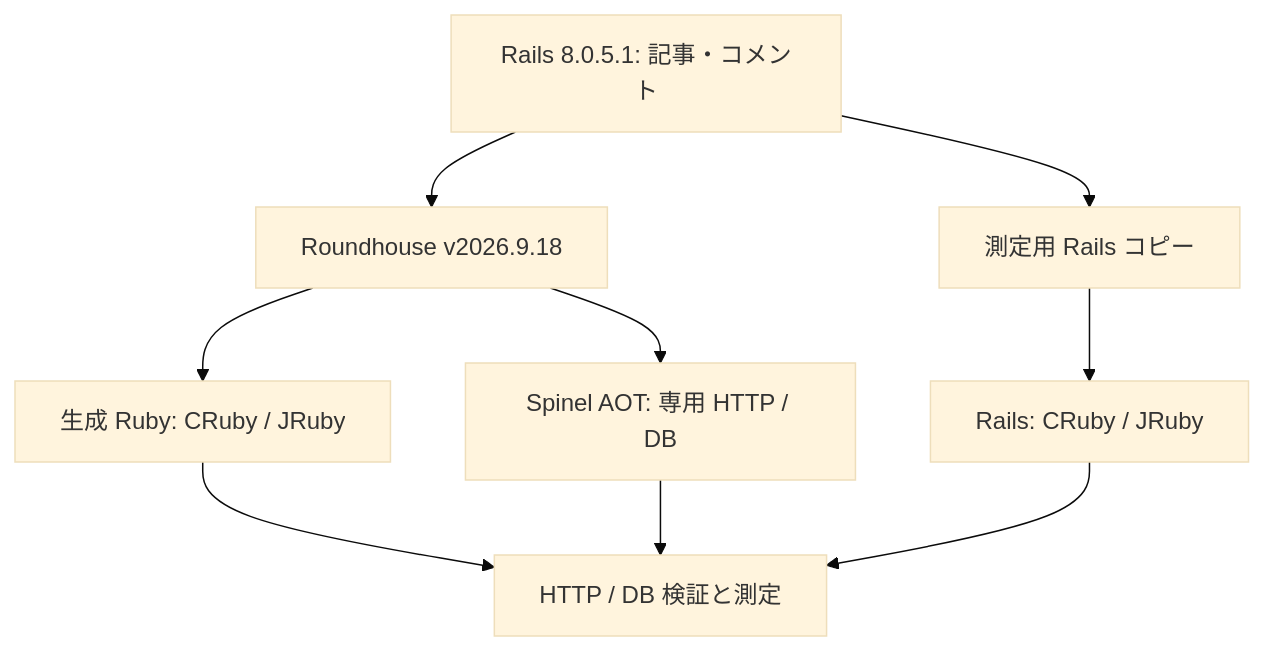
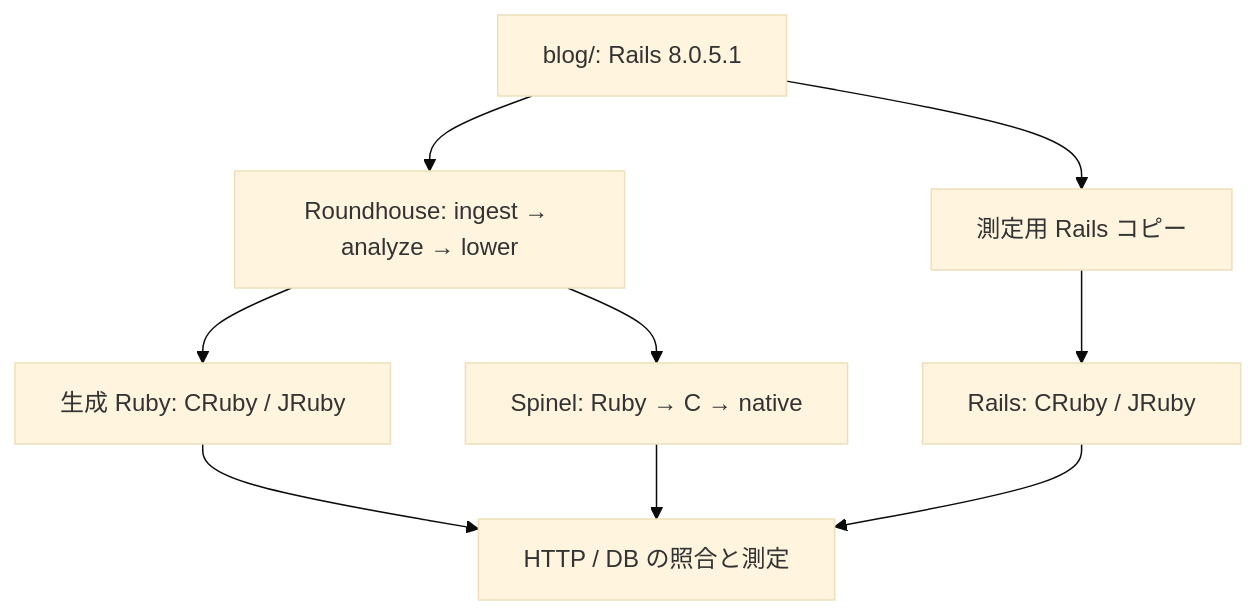
The second of 5 diagrams in docs/roundhouse-rails-jit-aot-report.md (koduki/example-rails-aot), drawn with Mermaid (base theme) before and after one commit. The commit also changed other lines of this file, not shown here.

Commit message:
Explain Rails JIT and Roundhouse Spinel with primary sources

```diff
--- a/docs/roundhouse-rails-jit-aot-report.md
+++ b/docs/roundhouse-rails-jit-aot-report.md
@@ -23,11 +38,11 @@
 ~~~mermaid
 flowchart TD
-    A["Rails 8.0.5.1: 記事・コメント"] --> B["Roundhouse v2026.9.18"]
-    A --> C["測定用 Rails コピー"]
-    B --> D["生成 Ruby: CRuby / JRuby"]
-    B --> E["Spinel AOT: 専用 HTTP / DB"]
-    C --> F["Rails: CRuby / JRuby"]
-    D --> G["HTTP / DB 検証と測定"]
+    A["blog/: Rails 8.0.5.1"] --> B["測定用 Rails コピー"]
+    A --> C["Roundhouse: ingest → analyze → lower"]
+    C --> D["生成 Ruby: CRuby / JRuby"]
+    C --> E["Spinel: Ruby → C → native"]
+    B --> F["Rails: CRuby / JRuby"]
+    D --> G["HTTP / DB の照合と測定"]
     E --> G
     F --> G
 ~~~
```
